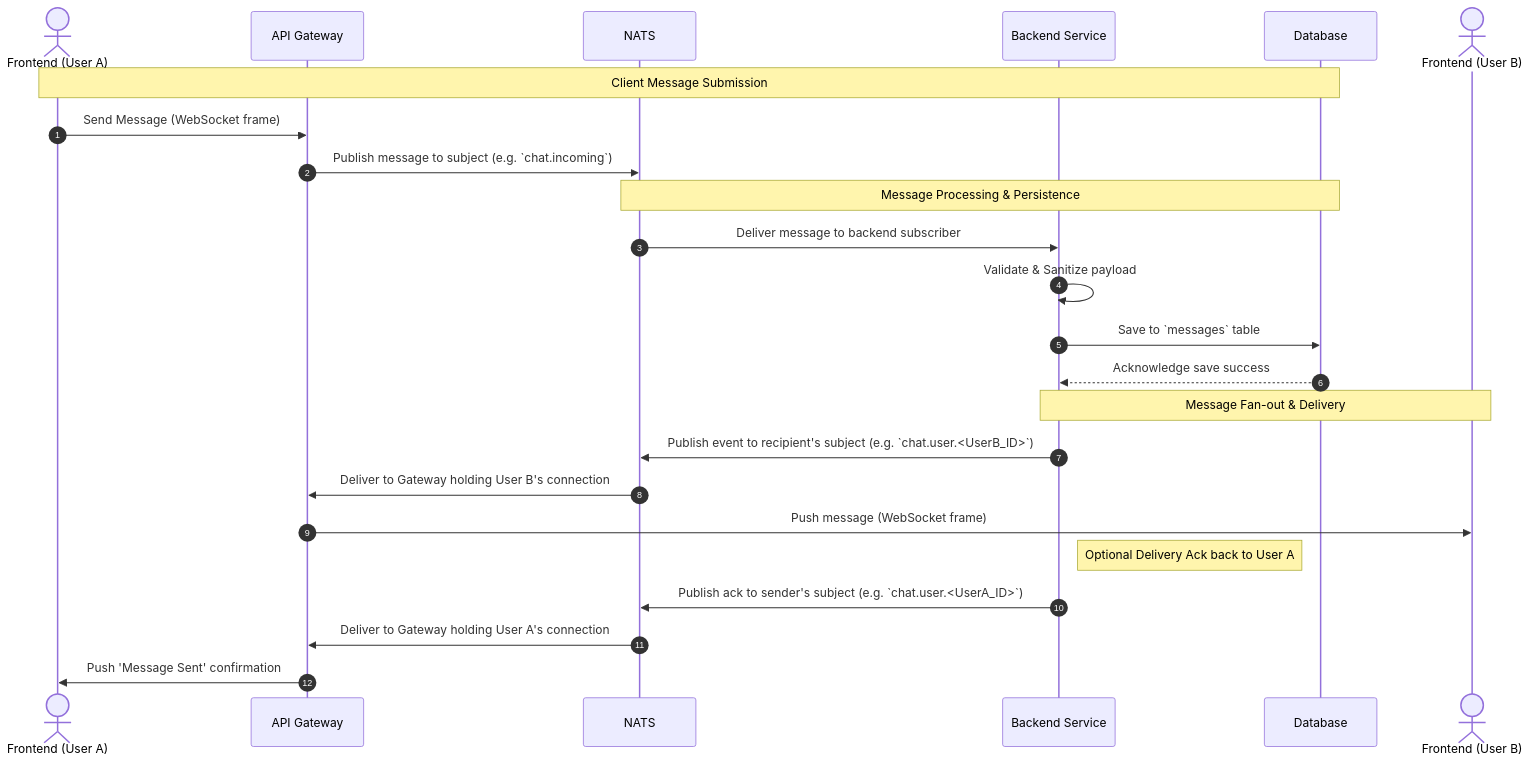
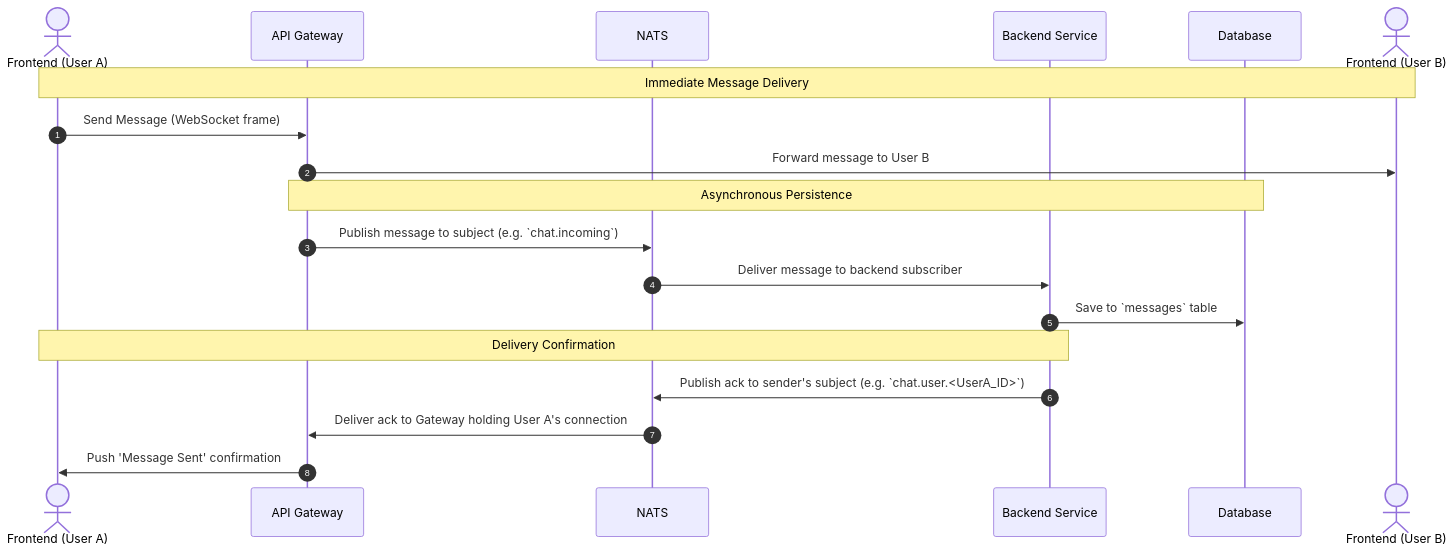
Before and after one commit to zukigit/chat: the diagram in docs/chat_streaming.md, drawn with Mermaid. The commit also changed 1 other file, not shown here.

Commit message:
docs: simplify chat streaming diagram to reflect immediate delivery and asynchronous persistence, and delete the old diagram source file.

````diff
--- a/docs/chat_streaming.md
+++ b/docs/chat_streaming.md
@@ -9,31 +9,25 @@
 ```mermaid
 sequenceDiagram
     autonumber
     
     actor F1 as Frontend (User A)
     participant GW as API Gateway
     participant NQ as NATS
     participant BE as Backend Service
     participant DB as Database
     actor F2 as Frontend (User B)
 
-    note over F1, DB: Client Message Submission
+    note over F1, F2: Immediate Message Delivery
     F1->>GW: Send Message (WebSocket frame)
+    GW->>F2: Forward message to User B
+    
+    note over GW, DB: Asynchronous Persistence
     GW->>NQ: Publish message to subject (e.g. `chat.incoming`)
+    NQ->>BE: Deliver message to backend subscriber
+    BE->>DB: Save to `messages` table
     
-    note over NQ, DB: Message Processing & Persistence
-    NQ->>BE: Deliver message to backend subscriber
-    BE->>BE: Validate & Sanitize payload
-    BE->>DB: Save to `messages` table
-    DB-->>BE: Acknowledge save success
-    
-    note over BE, F2: Message Fan-out & Delivery
-    BE->>NQ: Publish event to recipient's subject (e.g. `chat.user.<UserB_ID>`)
-    NQ->>GW: Deliver to Gateway holding User B's connection
-    GW->>F2: Push message (WebSocket frame)
-    
-    note right of BE: Optional Delivery Ack back to User A
+    note over BE, F1: Delivery Confirmation
     BE->>NQ: Publish ack to sender's subject (e.g. `chat.user.<UserA_ID>`)
-    NQ->>GW: Deliver to Gateway holding User A's connection
+    NQ->>GW: Deliver ack to Gateway holding User A's connection
     GW->>F1: Push 'Message Sent' confirmation
 ```
````
